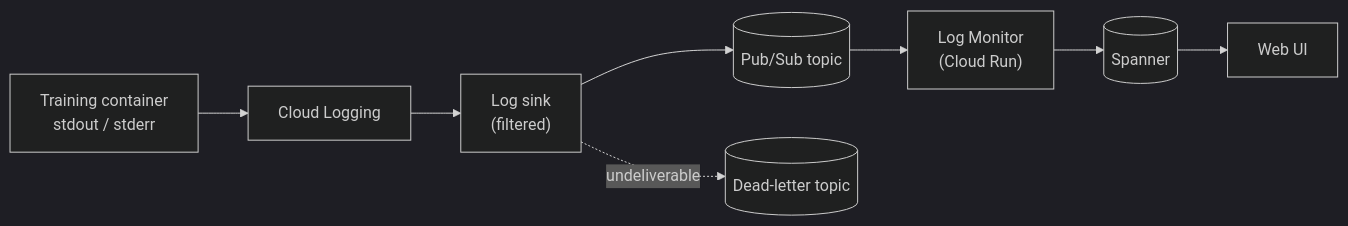
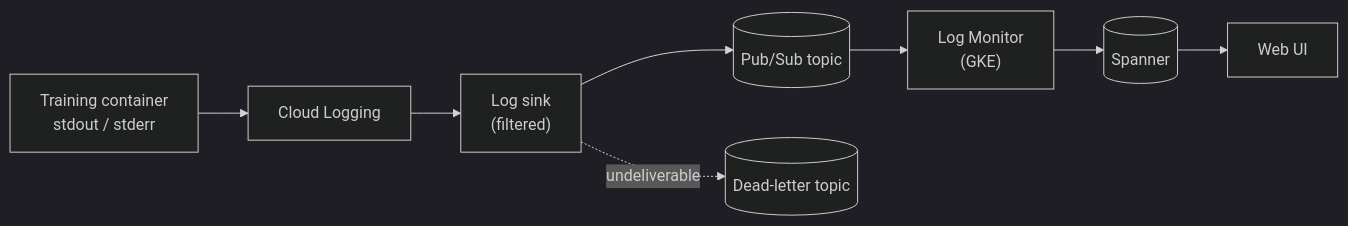
Before and after one commit to google/xmc: the second of 2 diagrams in docs/flows/metrics_and_observability.md, drawn with Mermaid (dark theme). The commit also changed other lines of this file and 26 other files, not shown here.

First line of the commit message:
feat(log-monitor): run log monitor as a gke deployment instead of cloud run

````diff
--- a/docs/flows/metrics_and_observability.md
+++ b/docs/flows/metrics_and_observability.md
@@ -163,13 +163,13 @@
 ```mermaid
 graph LR
     Pod["Training container<br/>stdout / stderr"]
     CL["Cloud Logging"]
     SK["Log sink<br/>(filtered)"]
     PS[("Pub/Sub topic")]
-    LM["Log Monitor<br/>(Cloud Run)"]
+    LM["Log Monitor<br/>(GKE)"]
     SP[("Spanner")]
     UI["Web UI"]
 
     Pod --> CL --> SK --> PS --> LM --> SP --> UI
     SK -.->|"undeliverable"| DLQ[("Dead-letter topic")]
 ```
````
